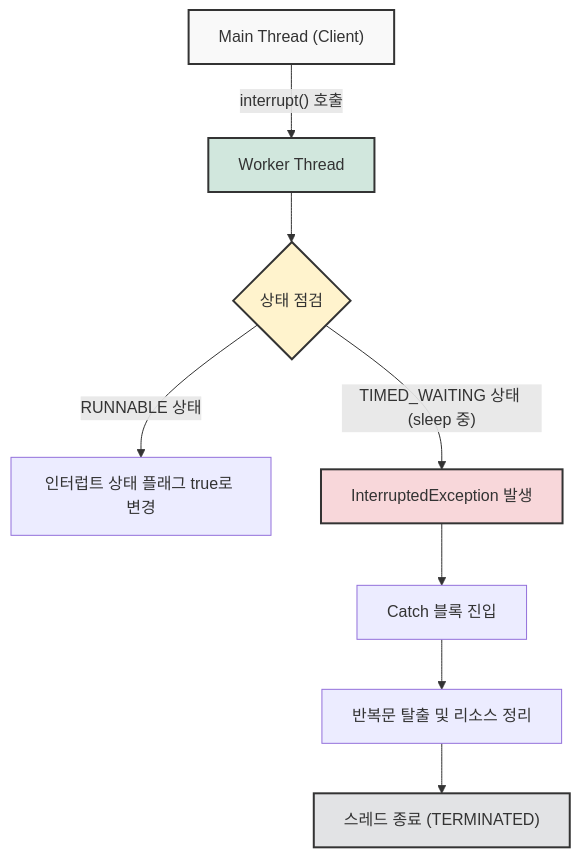
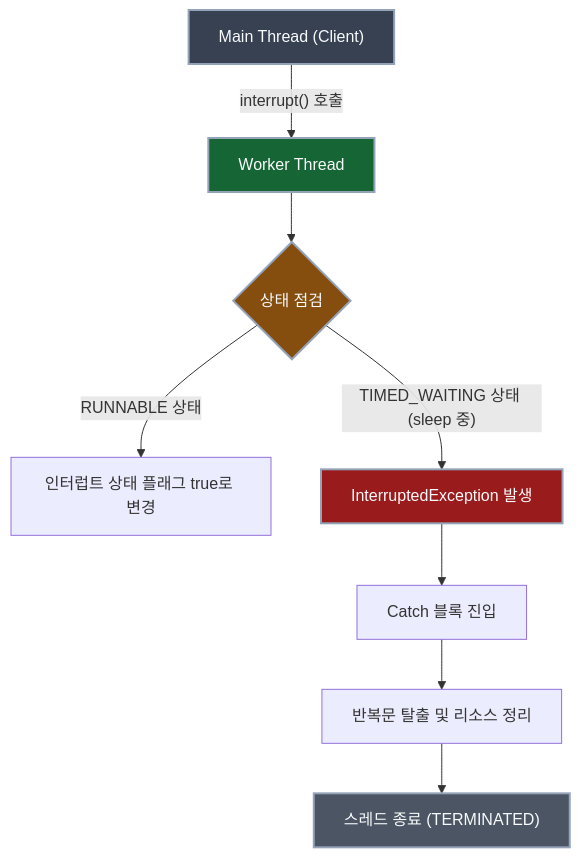
Before and after one commit to Kang-Hyesung/kang-hyesung.github.io: the diagram in _posts/java/13-스레드_제어_및_기초적_동기화/2026-03-18-스레드-인터럽트.md, drawn with Mermaid. The commit also changed 74 other files, not shown here.

Commit message:
docs: update post visibility and mermaid colors

````diff
--- a/_posts/java/13-스레드_제어_및_기초적_동기화/2026-03-18-스레드-인터럽트.md
+++ b/_posts/java/13-스레드_제어_및_기초적_동기화/2026-03-18-스레드-인터럽트.md
@@ -18,17 +18,17 @@
 ```mermaid
 graph TD
     A["Main Thread (Client)"] -- "interrupt() 호출" --> B["Worker Thread"]
     B --> C{"상태 점검"}
     C -- "RUNNABLE 상태" --> D["인터럽트 상태 플래그 true로 변경"]
     C -- "TIMED_WAITING 상태 (sleep 중)" --> E["InterruptedException 발생"]
     E --> F["Catch 블록 진입"]
     F --> G["반복문 탈출 및 리소스 정리"]
     G --> H["스레드 종료 (TERMINATED)"]
 
     %% 스타일 정의
-    style A fill:#f9f9f9,stroke:#333,stroke-width:2px
-    style B fill:#d1e7dd,stroke:#333,stroke-width:2px
-    style C fill:#fff3cd,stroke:#333,stroke-width:2px
-    style E fill:#f8d7da,stroke:#333,stroke-width:2px
-    style H fill:#e2e3e5,stroke:#333,stroke-width:2px
+    style A fill:#374151,stroke:#94a3b8,stroke-width:2px,color:#f8fafc
+    style B fill:#166534,stroke:#94a3b8,stroke-width:2px,color:#f8fafc
+    style C fill:#854d0e,stroke:#94a3b8,stroke-width:2px,color:#f8fafc
+    style E fill:#991b1b,stroke:#94a3b8,stroke-width:2px,color:#f8fafc
+    style H fill:#4b5563,stroke:#94a3b8,stroke-width:2px,color:#f8fafc
 ```
````
